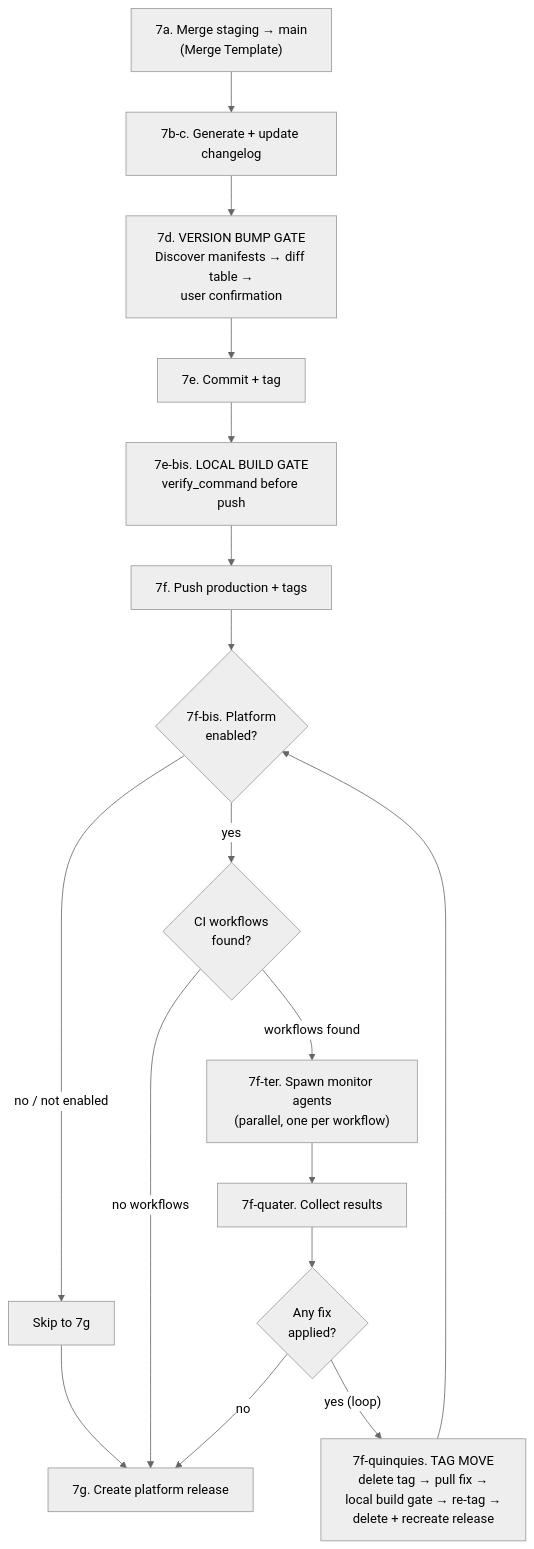
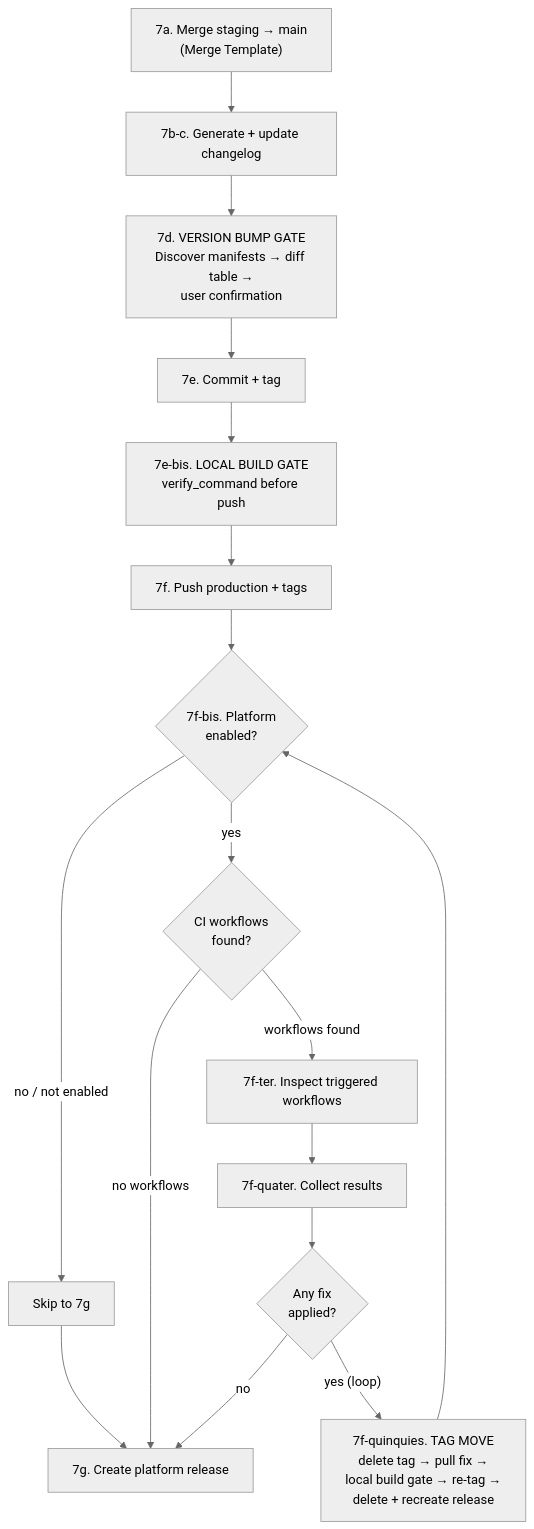
The fourth of 5 diagrams in README.md (dnviti/codeclaw), drawn with Mermaid (neutral theme) before and after one commit. The commit also changed other lines of this file and 95 other files, not shown here.

````diff
--- a/README.md
+++ b/README.md
@@ -162,25 +159,25 @@
 ```mermaid
 flowchart TD
     M["7a. Merge staging → main<br>(Merge Template)"]
     CL["7b-c. Generate + update changelog"]
     VB["7d. VERSION BUMP GATE<br>Discover manifests → diff table →<br>user confirmation"]
     CT["7e. Commit + tag"]
     LB["7e-bis. LOCAL BUILD GATE<br>verify_command before push"]
     P["7f. Push production + tags"]
     CI{"7f-bis. Platform<br>enabled?"}
     SKIP["Skip to 7g"]
     DISC{"CI workflows<br>found?"}
-    MON["7f-ter. Spawn monitor agents<br>(parallel, one per workflow)"]
+    MON["7f-ter. Inspect triggered workflows"]
     RES["7f-quater. Collect results"]
     FIX{"Any fix<br>applied?"}
     TM["7f-quinquies. TAG MOVE<br>delete tag → pull fix →<br>local build gate → re-tag →<br>delete + recreate release"]
     REL["7g. Create platform release"]
 
     M --> CL --> VB --> CT --> LB --> P --> CI
     CI -->|"no / not enabled"| SKIP --> REL
     CI -->|yes| DISC
     DISC -->|"no workflows"| REL
     DISC -->|"workflows found"| MON --> RES --> FIX
     FIX -->|no| REL
     FIX -->|"yes (loop)"| TM --> CI
 ```
````
